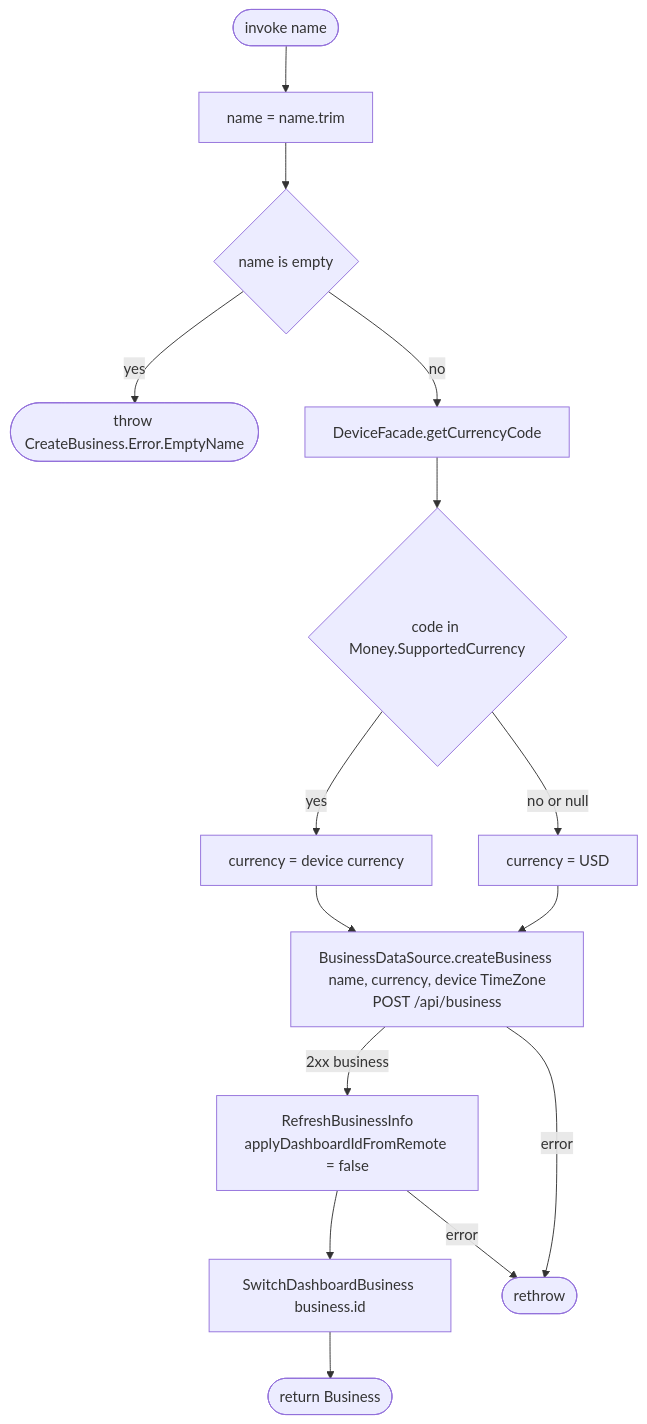
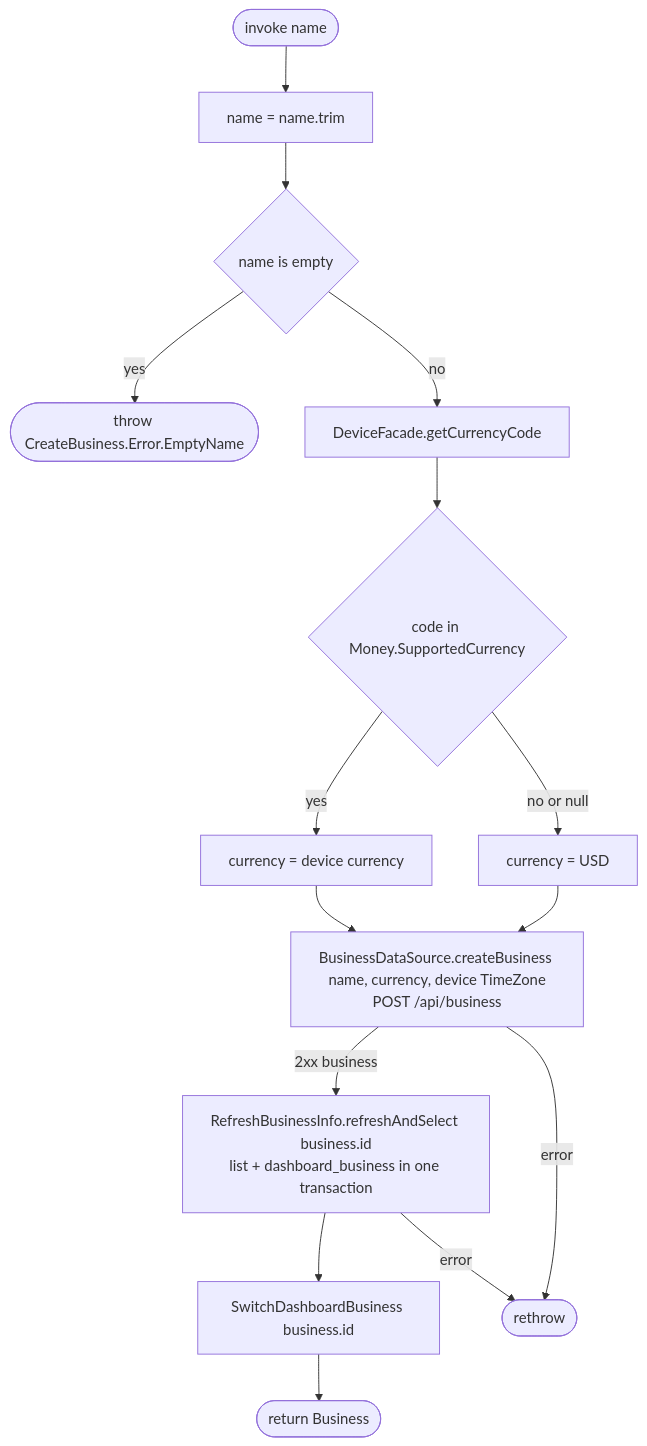
Before and after one commit to nocturneproperties/bookkme-client: the diagram in docs/operations/business/create-business.md, drawn with Mermaid. The commit also changed other lines of this file and 32 other files, not shown here.

````diff
--- a/docs/operations/business/create-business.md
+++ b/docs/operations/business/create-business.md
@@ -15,17 +17,17 @@
 ```mermaid
 flowchart TD
     Start([invoke name]) --> Trim[name = name.trim]
     Trim --> Blank{name is empty}
     Blank -- yes --> E0([throw CreateBusiness.Error.EmptyName])
     Blank -- no --> Cur[DeviceFacade.getCurrencyCode]
     Cur --> Supported{code in Money.SupportedCurrency}
     Supported -- yes --> Device[currency = device currency]
     Supported -- no or null --> Fallback[currency = USD]
     Device --> Net[BusinessDataSource.createBusiness name, currency, device TimeZone<br/>POST /api/business]
     Fallback --> Net
-    Net -- 2xx business --> Refresh[RefreshBusinessInfo<br/>applyDashboardIdFromRemote = false]
+    Net -- 2xx business --> Refresh[RefreshBusinessInfo.refreshAndSelect business.id<br/>list + dashboard_business in one transaction]
     Refresh --> Switch[SwitchDashboardBusiness business.id]
     Switch --> R([return Business])
     Net -- error --> EX([rethrow])
     Refresh -- error --> EX
 ```
````
